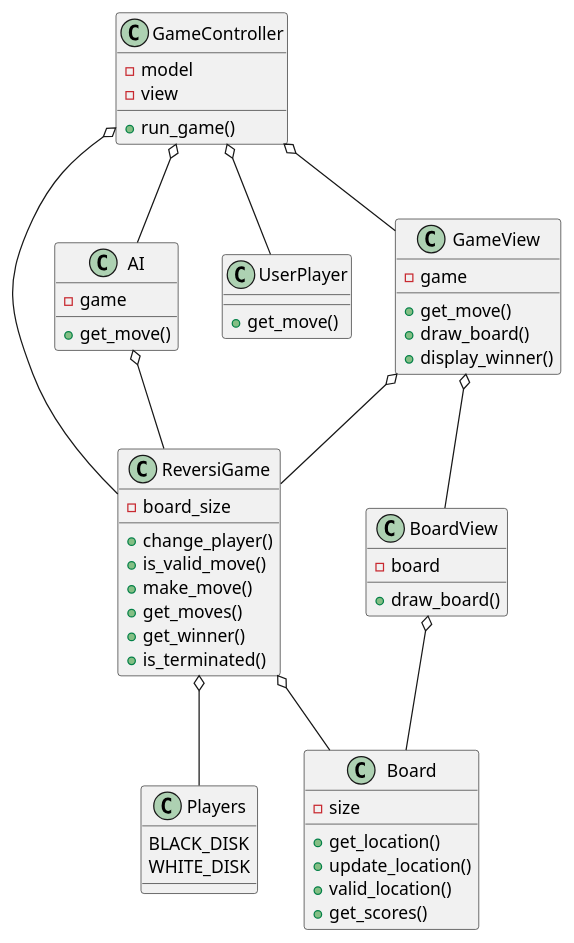
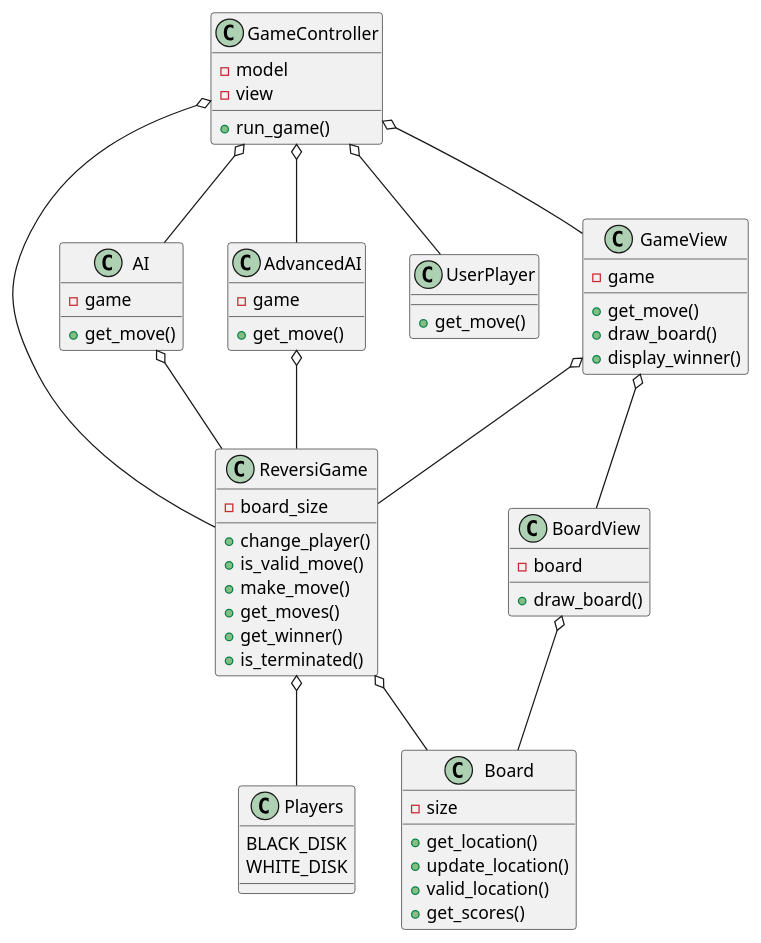
The diagram in reversi project/reversi_UML.puml (lian-david/Reversi), drawn with PlantUML before and after one commit.

Commit message:
implemented ai minimax

```diff
--- a/reversi project/reversi_UML.puml
+++ b/reversi project/reversi_UML.puml
@@ -1,64 +1,71 @@
 @startuml Reversi
 
 class ReversiGame{
     -board_size
     +change_player()
     +is_valid_move()
     +make_move()
     +get_moves()
     +get_winner()
     +is_terminated()
 }
 
 class Board{
     -size
     +get_location()
     +update_location()
     +valid_location()
     +get_scores()
 }
 
 class Players{
     BLACK_DISK
     WHITE_DISK
 }
 
 class AI{
+    -game 
+    +get_move()
+}
+
+class AdvancedAI{
     -game 
     +get_move()
 }
 
 class UserPlayer{
     +get_move()
 }
 
 class GameView{
     -game
     +get_move()
     +draw_board()
     +display_winner()
 }
 
 class BoardView{
     -board
     +draw_board()
 }
 
 class GameController{
     -model
     -view
     +run_game()
 }
 
 GameController o-- ReversiGame
 ReversiGame o-- Board
 ReversiGame o-- Players
 BoardView o-- Board
 GameView o-- BoardView
 GameView o-- ReversiGame
 GameController o-- GameView
 AI o-- ReversiGame
+AdvancedAI o-- ReversiGame
+GameController o-- AdvancedAI
 GameController o-- AI 
 GameController o-- UserPlayer
 
 @enduml 
```
